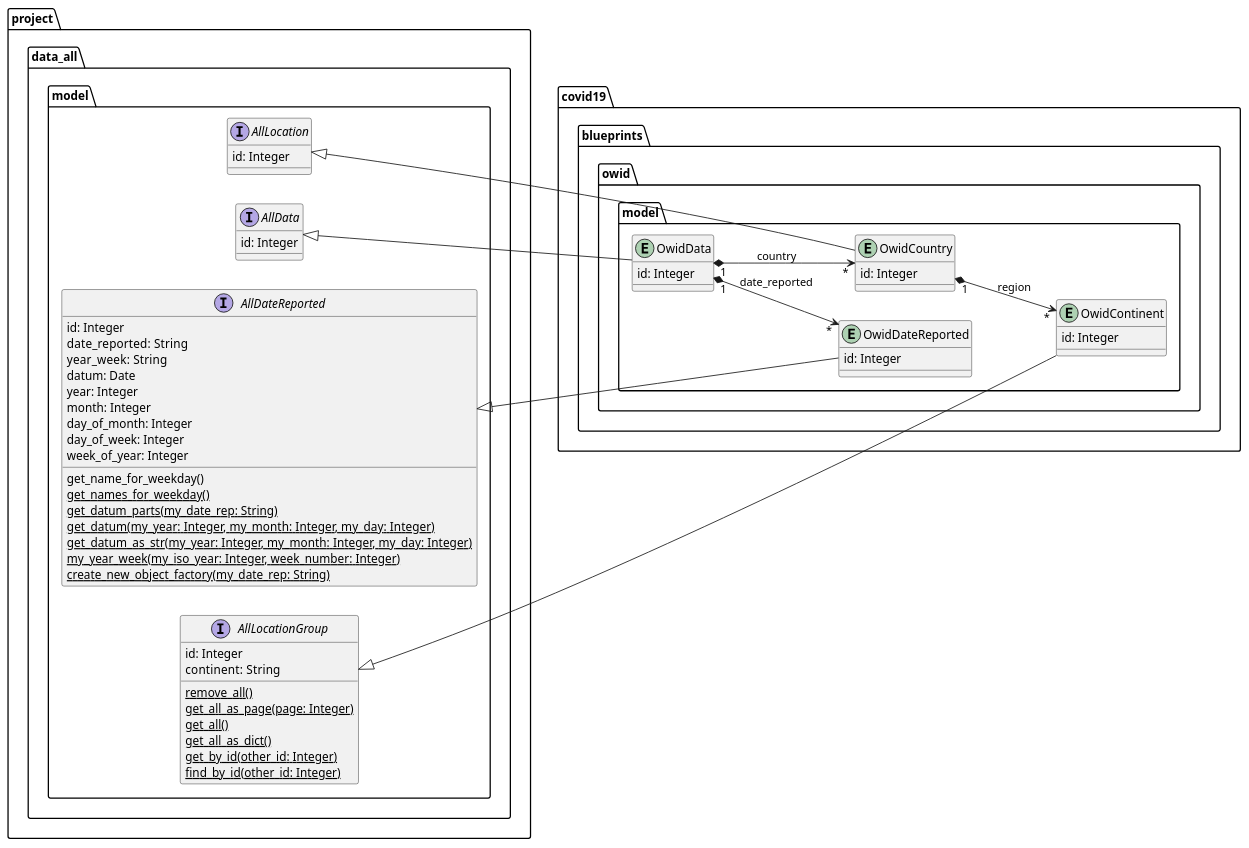
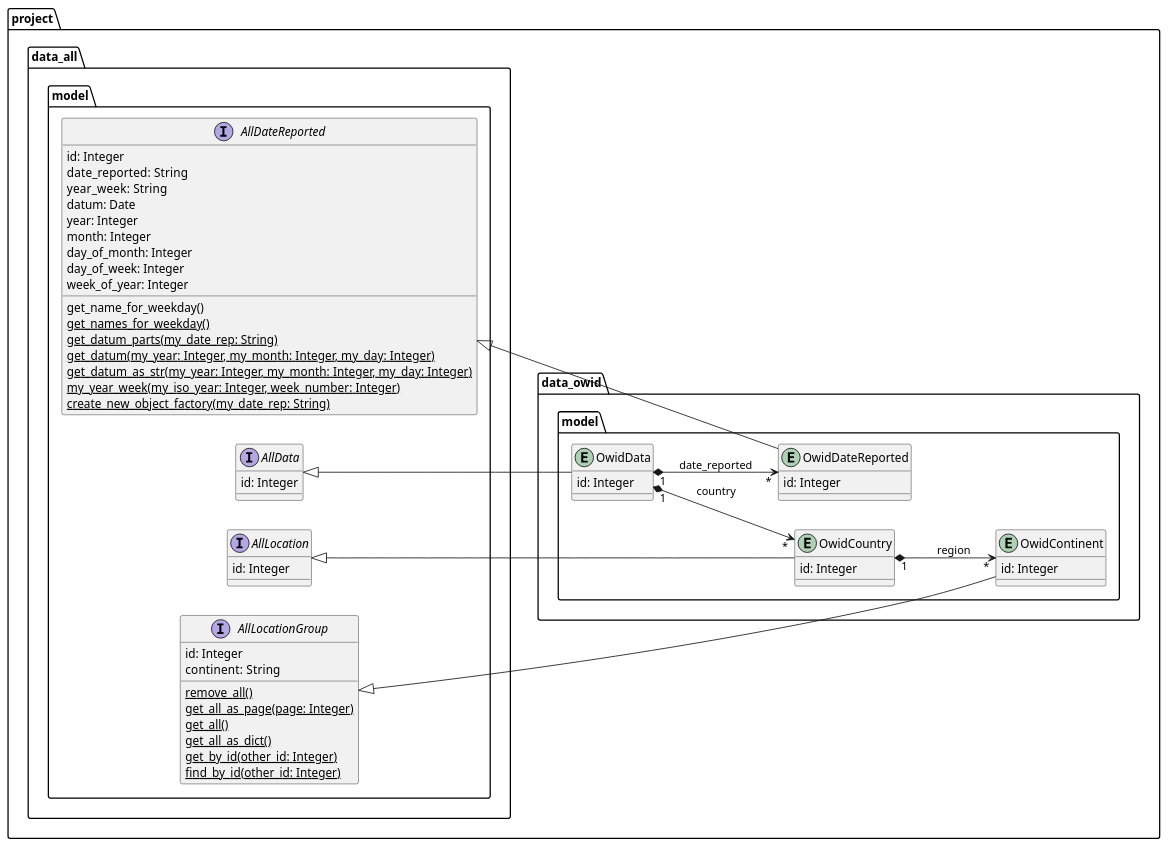
The diagram in docs/uml/data_owid/owid_domain_model_star_schema.puml (thomaswoehlke/flask_covid19), drawn with PlantUML before and after one commit. The commit also changed 3 other files, not shown here.

```diff
--- a/docs/uml/data_owid/owid_domain_model_star_schema.puml
+++ b/docs/uml/data_owid/owid_domain_model_star_schema.puml
@@ -1,68 +1,68 @@
 @startuml
 left to right direction
 
 
 package project.data_all.model {
 
 	interface AllDateReported {
 	    id: Integer
 		date_reported:  String
 	    year_week:  String
 	    datum: Date
 	    year: Integer
 	    month: Integer
 	    day_of_month: Integer
 	    day_of_week: Integer
 	    week_of_year: Integer
 		get_name_for_weekday()
 		{classifier} get_names_for_weekday()
 		{classifier} get_datum_parts(my_date_rep: String)
 		{classifier} get_datum(my_year: Integer, my_month: Integer, my_day: Integer)
 		{classifier} get_datum_as_str(my_year: Integer, my_month: Integer, my_day: Integer)
 		{classifier} my_year_week(my_iso_year: Integer, week_number: Integer)
 		{classifier} create_new_object_factory(my_date_rep: String)
 	}
 
 	interface AllLocationGroup {
 	    id: Integer
 	    continent:  String
 	    {classifier} remove_all()
 	    {classifier} get_all_as_page(page: Integer)
 	    {classifier} get_all()
 	    {classifier} get_all_as_dict()
 	    {classifier} get_by_id(other_id: Integer)
 	    {classifier} find_by_id(other_id: Integer)
 	}
 	interface AllLocation {
 	    id: Integer
     }
 	interface AllData {
 	    id: Integer
 	}
 }
 
-package covid19.blueprints.owid.model {
+package project.data_owid.model {
 	entity OwidDateReported {
 	    id: Integer
 	}
 	entity OwidContinent {
 	    id: Integer
 	}
 	entity OwidCountry {
 	    id: Integer
 	}
 	entity OwidData {
 	    id: Integer
 	}
+
+	AllDateReported <|-- OwidDateReported
+    AllLocationGroup <|-- OwidContinent
+    AllLocation <|--  OwidCountry
+    AllData <|-- OwidData
+
+    OwidCountry "1" *--> "*" OwidContinent : region
+    OwidData "1" *--> "*" OwidCountry : country
+    OwidData "1" *--> "*" OwidDateReported : date_reported
 }
 
-AllDateReported <|-- OwidDateReported
-AllLocationGroup <|-- OwidContinent
-AllLocation <|--  OwidCountry
-AllData <|-- OwidData
-
-OwidCountry "1" *--> "*" OwidContinent : region
-OwidData "1" *--> "*" OwidCountry : country
-OwidData "1" *--> "*" OwidDateReported : date_reported
-
 @enduml
```
